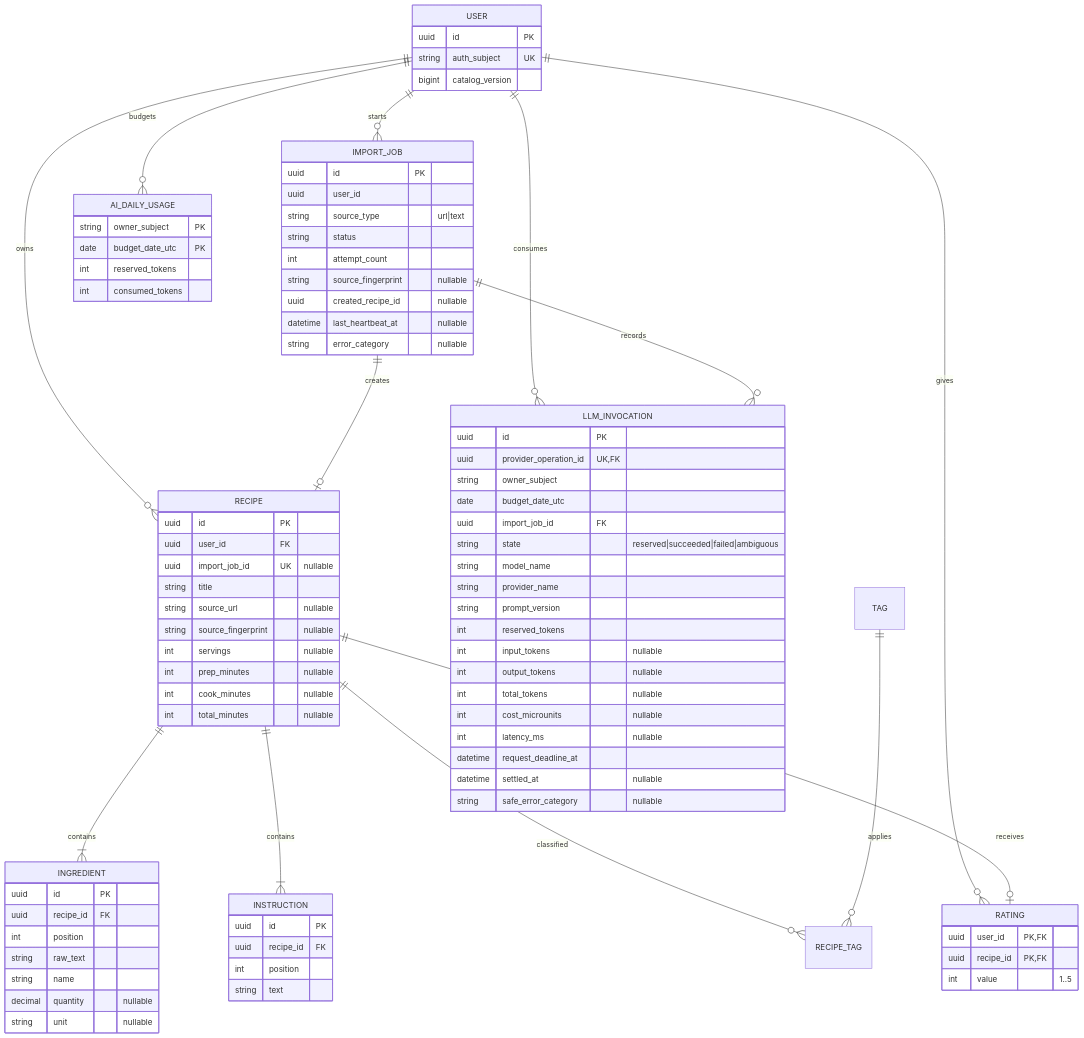
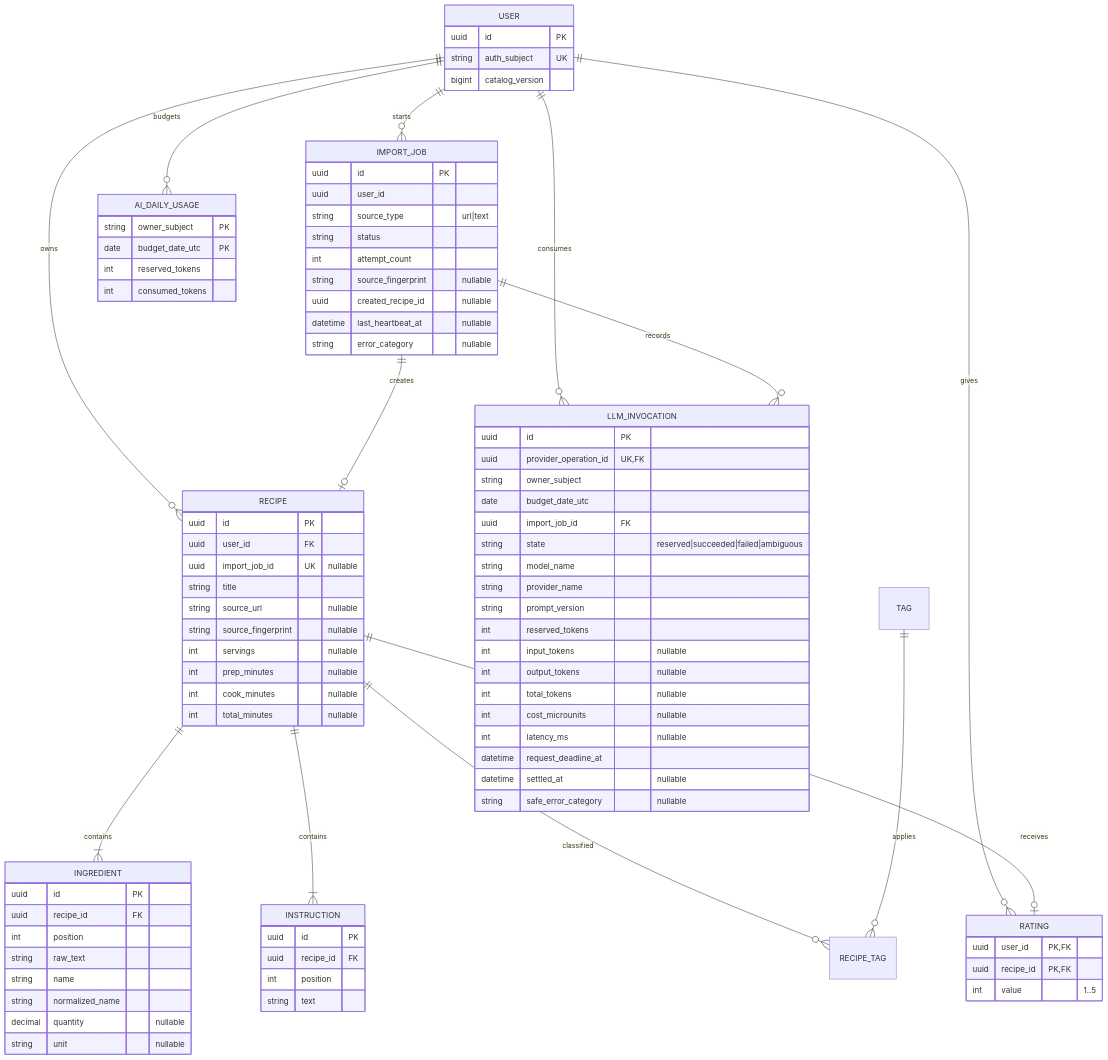
The diagram in contracts/erd.md (neilcohen322/storecipe), drawn with Mermaid before and after one commit. The commit also changed 42 other files, not shown here.

```diff
--- a/contracts/erd.md
+++ b/contracts/erd.md
@@ -41,6 +41,7 @@
     int position
     string raw_text
     string name
+    string normalized_name
     decimal quantity "nullable"
     string unit "nullable"
   }
```
